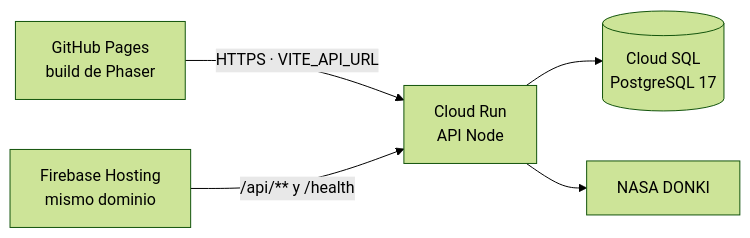
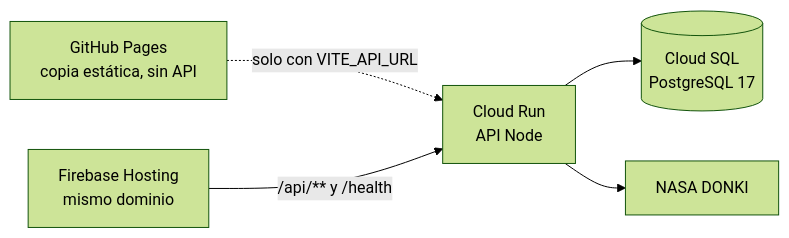
The second of 2 diagrams in docs/02-arquitectura.md (as9689138/juniorAstronautMissionTrainer_JIIMATZIN), drawn with Mermaid (forest theme) before and after one commit. The commit also changed other lines of this file and 12 other files, not shown here.

Commit message:
docs(despliegue): registra el despliegue en Google Cloud y Pages

````diff
--- a/docs/02-arquitectura.md
+++ b/docs/02-arquitectura.md
@@ -74,7 +72,7 @@
 ```mermaid
 flowchart LR
-    GH[GitHub Pages<br/>build de Phaser] -- "HTTPS · VITE_API_URL" --> API[Cloud Run<br/>API Node]
+    GH[GitHub Pages<br/>copia estática, sin API] -. "solo con VITE_API_URL" .-> API[Cloud Run<br/>API Node]
     FH[Firebase Hosting<br/>mismo dominio] -- "/api/** y /health" --> API
     API --> PG[(Cloud SQL<br/>PostgreSQL 17)]
     API --> NASA[NASA DONKI]
 ```
````
